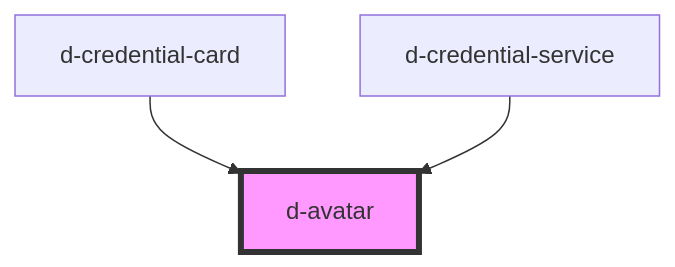
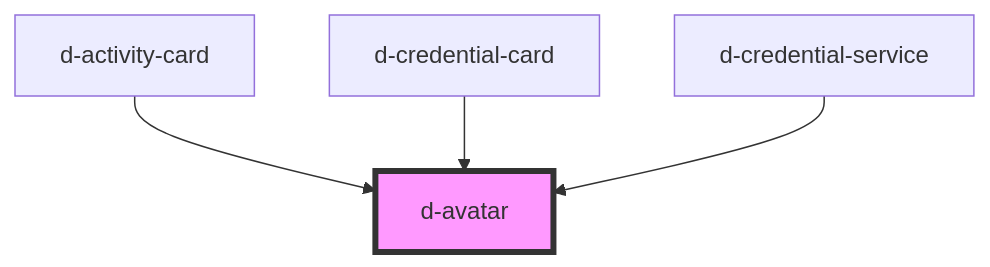
One commit to ForkbombEu/didroom-components changed the diagram in src/components/avatar/readme.md. Above: the diagram before and after it, drawn with Mermaid. The commit also changed other lines of this file and 9 other files, not shown here.

First line of the commit message:
feat: activity card (#101)

````diff
--- a/src/components/avatar/readme.md
+++ b/src/components/avatar/readme.md
@@ -26,6 +27,7 @@
 ```mermaid
 graph TD;
+  d-activity-card --> d-avatar
   d-credential-card --> d-avatar
   d-credential-service --> d-avatar
   style d-avatar fill:#f9f,stroke:#333,stroke-width:4px
 ```
````
